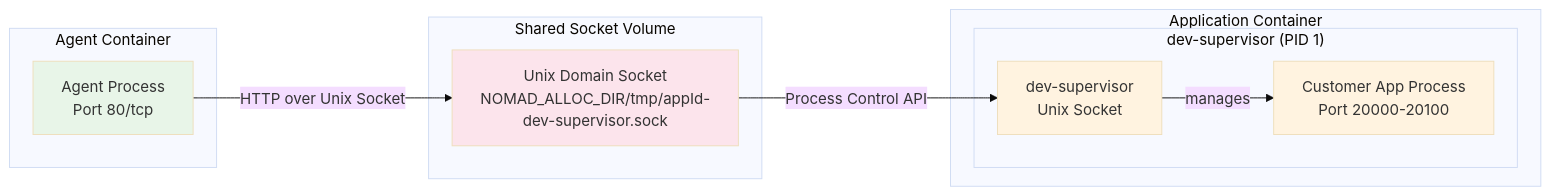
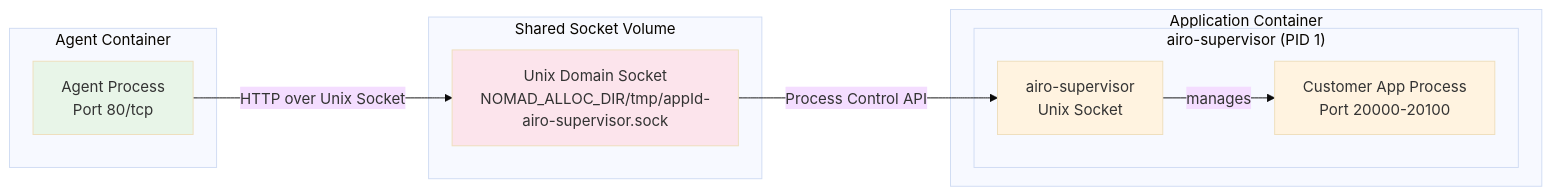
The second of 2 diagrams in docs/onprem-hosting-architecture.md (hsharif-godaddy/hackathon2026), drawn with Mermaid (base theme) before and after one commit. The commit also changed other lines of this file and 4 other files, not shown here.

````diff
--- a/docs/onprem-hosting-architecture.md
+++ b/docs/onprem-hosting-architecture.md
@@ -151,28 +149,28 @@
 ```mermaid
 graph LR
     subgraph "Agent Container"
         AC[Agent Process<br/>Port 80/tcp]
     end
 
     subgraph "Application Container"
-        subgraph "dev-supervisor (PID 1)"
-            DS[dev-supervisor<br/>Unix Socket]
+        subgraph "airo-supervisor (PID 1)"
+            DS[airo-supervisor<br/>Unix Socket]
             DS --> |manages| APP[Customer App Process<br/>Port 20000-20100]
         end
     end
 
     subgraph "Shared Socket Volume"
-        SOCK[Unix Domain Socket<br/>NOMAD_ALLOC_DIR/tmp/appId-dev-supervisor.sock]
+        SOCK[Unix Domain Socket<br/>NOMAD_ALLOC_DIR/tmp/appId-airo-supervisor.sock]
     end
 
     AC -->|HTTP over Unix Socket| SOCK
     SOCK -->|Process Control API| DS
 
     classDef agent fill:#e8f5e8
     classDef app fill:#fff3e0
     classDef socket fill:#fce4ec
 
     class AC agent
     class DS,APP app
     class SOCK socket
 ```
````
